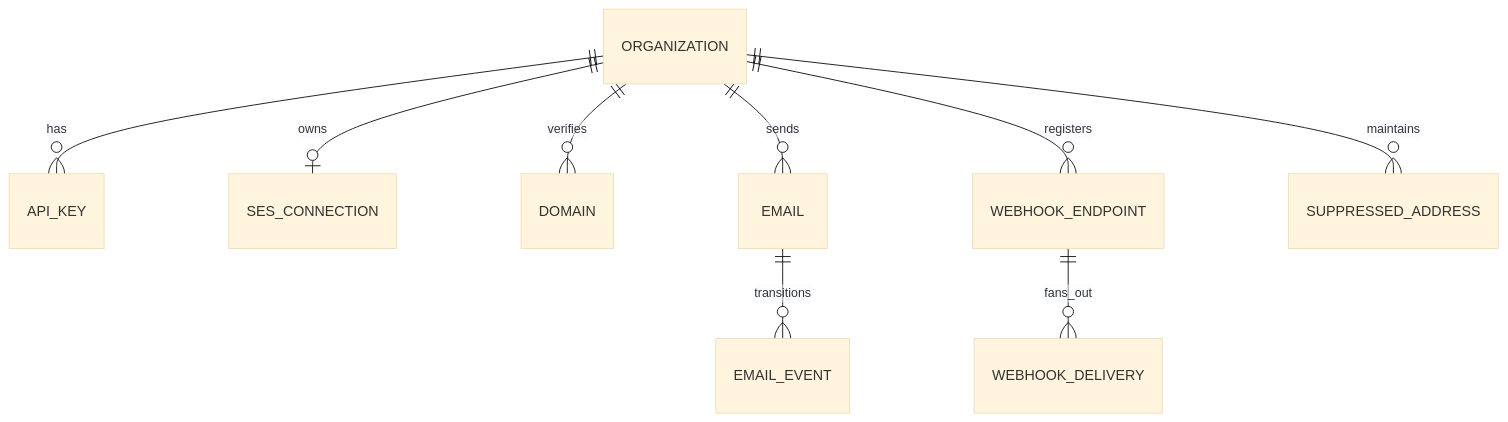
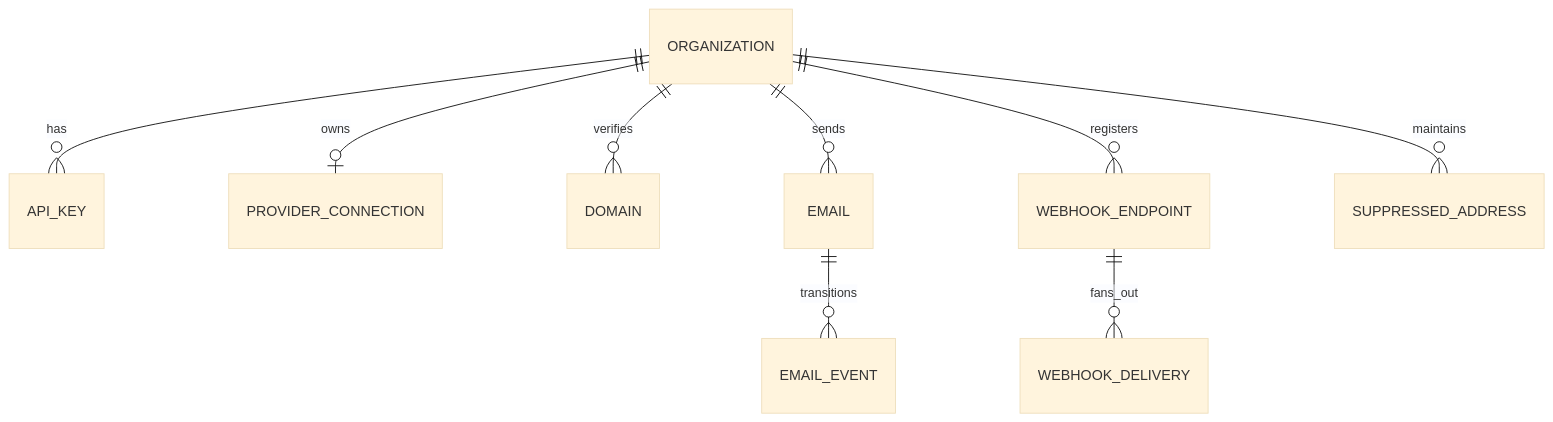
The second of 2 diagrams in docs/architecture.md (atlair-cloud/atlair-mail), drawn with Mermaid (base theme) before and after one commit. The commit also changed other lines of this file and 3 other files, not shown here.

````diff
--- a/docs/architecture.md
+++ b/docs/architecture.md
@@ -58,11 +58,11 @@
 ```mermaid
 erDiagram
     ORGANIZATION ||--o{ API_KEY : has
-    ORGANIZATION ||--o| SES_CONNECTION : owns
+    ORGANIZATION ||--o| PROVIDER_CONNECTION : owns
     ORGANIZATION ||--o{ DOMAIN : verifies
     ORGANIZATION ||--o{ EMAIL : sends
     ORGANIZATION ||--o{ WEBHOOK_ENDPOINT : registers
     ORGANIZATION ||--o{ SUPPRESSED_ADDRESS : maintains
     EMAIL ||--o{ EMAIL_EVENT : transitions
     WEBHOOK_ENDPOINT ||--o{ WEBHOOK_DELIVERY : fans_out
 ```
````
